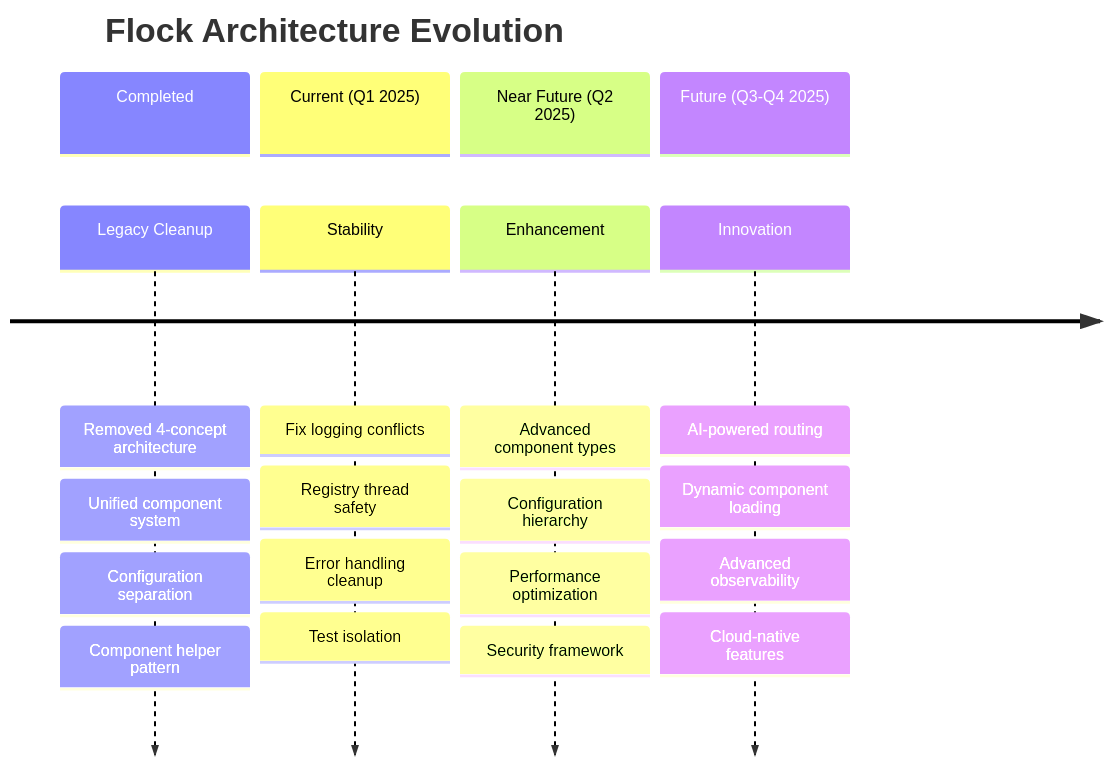
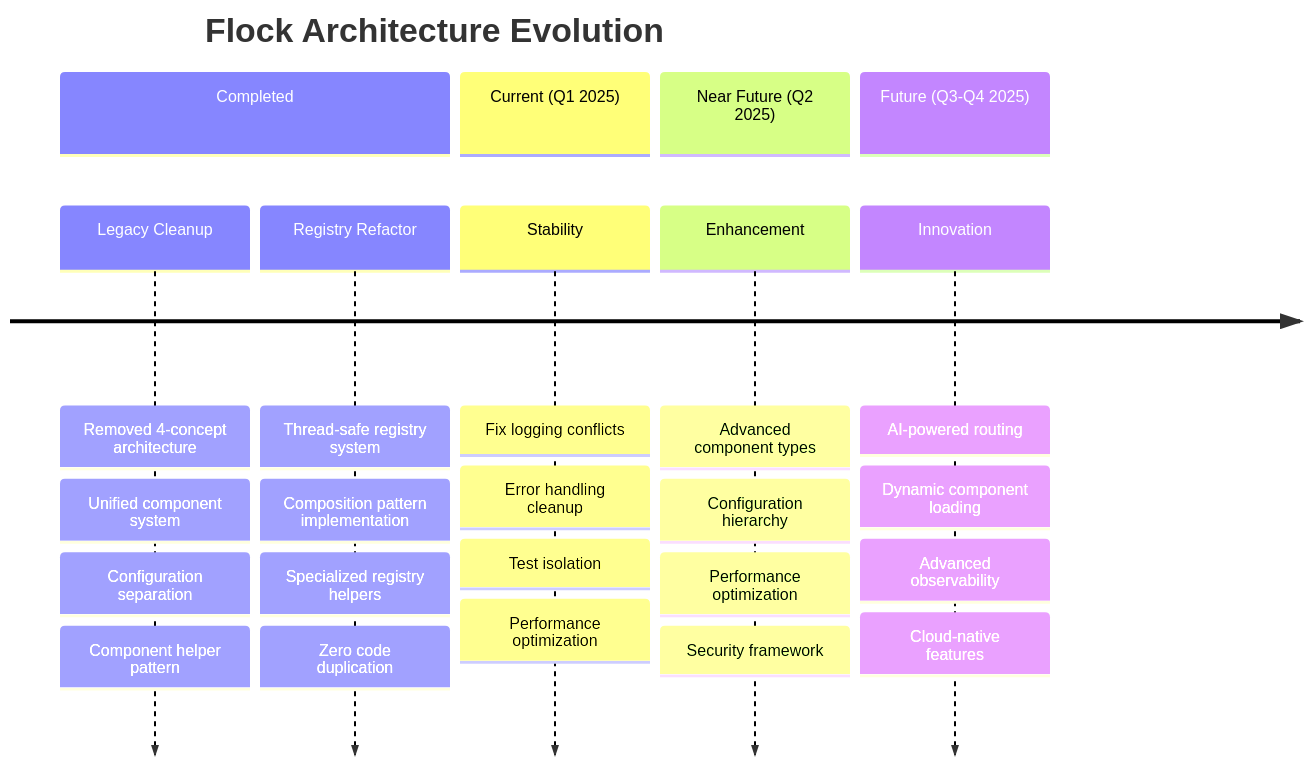
Diagram 18 of 26 in docs/architecture_report.md (AndreRatzenberger/flock), drawn with Mermaid before and after one commit. The commit also changed other lines of this file and 36 other files, not shown here.

````diff
--- a/docs/architecture_report.md
+++ b/docs/architecture_report.md
@@ -667,28 +666,32 @@
 ```mermaid
 timeline
     title Flock Architecture Evolution
     
     section Completed
         Legacy Cleanup    : Removed 4-concept architecture
                          : Unified component system
                          : Configuration separation
                          : Component helper pattern
+        Registry Refactor : Thread-safe registry system
+                         : Composition pattern implementation
+                         : Specialized registry helpers
+                         : Zero code duplication
     
     section Current (Q1 2025)
         Stability        : Fix logging conflicts
-                        : Registry thread safety
                         : Error handling cleanup
                         : Test isolation
+                        : Performance optimization
     
     section Near Future (Q2 2025)
         Enhancement      : Advanced component types
                         : Configuration hierarchy
                         : Performance optimization
                         : Security framework
     
     section Future (Q3-Q4 2025)
         Innovation       : AI-powered routing
                         : Dynamic component loading
                         : Advanced observability
                         : Cloud-native features
 ```
````
